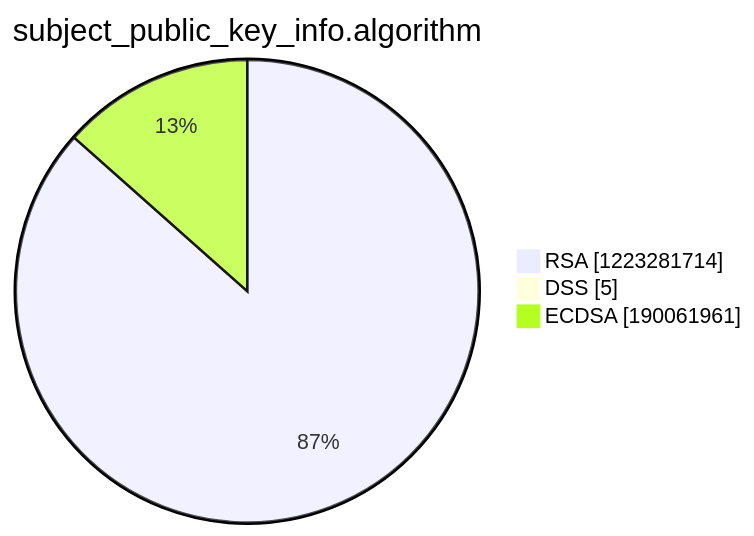
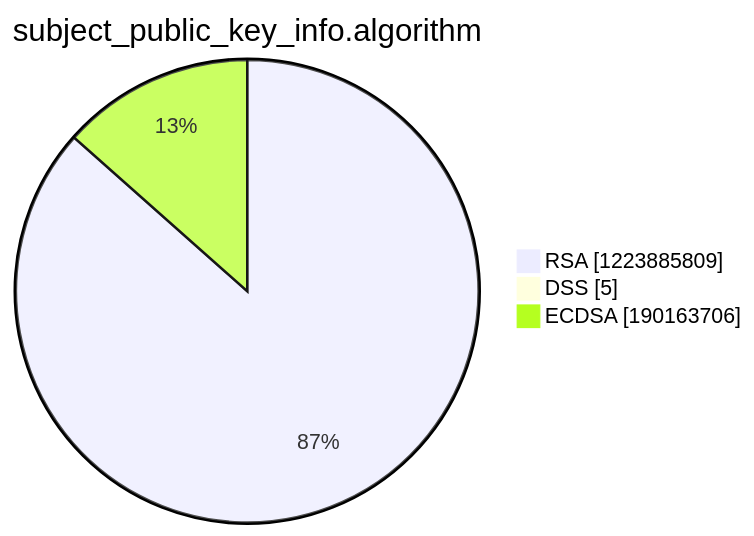
One commit to christiankrug/ctmonitor_visualization changed the third of 15 diagrams in argon2022/README.md. Above: the diagram before and after it, drawn with Mermaid. The commit also changed other lines of this file, not shown here.

````diff
--- a/argon2022/README.md
+++ b/argon2022/README.md
@@ -14,7 +14,7 @@
 ```mermaid
 pie showData
 title subject_public_key_info.algorithm
-"RSA" :1223281714
+"RSA" :1223885809
 "DSS" :5
-"ECDSA" :190061961
+"ECDSA" :190163706
 ```
````
